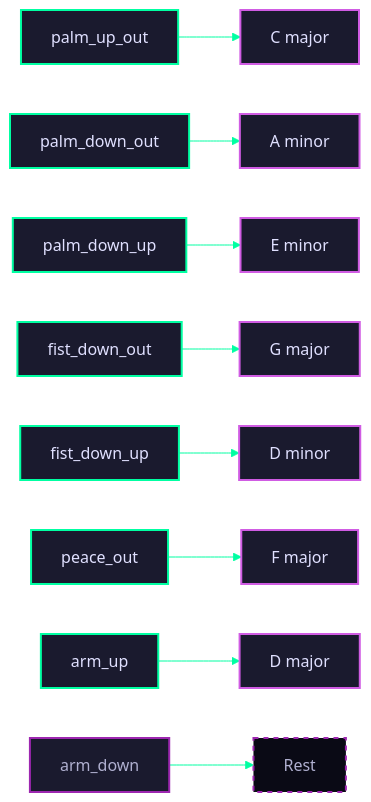
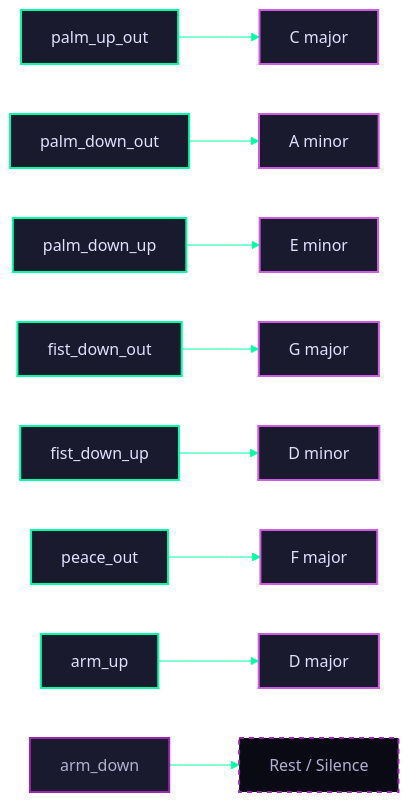
One commit to ajbarea/bioradio-music changed the second of 3 diagrams in docs/architecture.md. Above: the diagram before and after it, drawn with Mermaid. The commit also changed other lines of this file and 5 other files, not shown here.

````diff
--- a/docs/architecture.md
+++ b/docs/architecture.md
@@ -77,36 +77,36 @@
 ```mermaid
 %%{init: {'theme': 'base', 'themeVariables': {
     'primaryColor': '#1a1a2e',
     'primaryTextColor': '#e0e0ff',
     'primaryBorderColor': '#00ffa2',
     'lineColor': '#00ffa2',
     'edgeLabelBackground': '#0a0a15',
     'nodeTextColor': '#e0e0ff'
 }}}%%
 flowchart LR
     PUO["palm_up_out"] --> C["C major"]
     PDO["palm_down_out"] --> Am["A minor"]
     PDU["palm_down_up"] --> Em["E minor"]
     FDO["fist_down_out"] --> G["G major"]
     FDU["fist_down_up"] --> Dm["D minor"]
     PO["peace_out"] --> F["F major"]
     AU["arm_up"] --> D["D major"]
-    AD["arm_down"] --> REST["Rest"]
+    AD["arm_down"] --> REST["Rest / Silence"]
 
     style PUO fill:#1a1a2e,stroke:#00ffa2,stroke-width:2px,color:#e0e0ff
     style PDO fill:#1a1a2e,stroke:#00ffa2,stroke-width:2px,color:#e0e0ff
     style PDU fill:#1a1a2e,stroke:#00ffa2,stroke-width:2px,color:#e0e0ff
     style FDO fill:#1a1a2e,stroke:#00ffa2,stroke-width:2px,color:#e0e0ff
     style FDU fill:#1a1a2e,stroke:#00ffa2,stroke-width:2px,color:#e0e0ff
     style PO fill:#1a1a2e,stroke:#00ffa2,stroke-width:2px,color:#e0e0ff
     style AU fill:#1a1a2e,stroke:#00ffa2,stroke-width:2px,color:#e0e0ff
     style AD fill:#1a1a2e,stroke:#9d27b0,stroke-width:2px,color:#b0b0d0
     style C fill:#1a1a2e,stroke:#d05ce3,stroke-width:2px,color:#e0e0ff
     style Am fill:#1a1a2e,stroke:#d05ce3,stroke-width:2px,color:#e0e0ff
     style Em fill:#1a1a2e,stroke:#d05ce3,stroke-width:2px,color:#e0e0ff
     style G fill:#1a1a2e,stroke:#d05ce3,stroke-width:2px,color:#e0e0ff
     style Dm fill:#1a1a2e,stroke:#d05ce3,stroke-width:2px,color:#e0e0ff
     style F fill:#1a1a2e,stroke:#d05ce3,stroke-width:2px,color:#e0e0ff
     style D fill:#1a1a2e,stroke:#d05ce3,stroke-width:2px,color:#e0e0ff
     style REST fill:#0a0a15,stroke:#9d27b0,stroke-width:2px,stroke-dasharray:5 5,color:#b0b0d0
 ```
````
